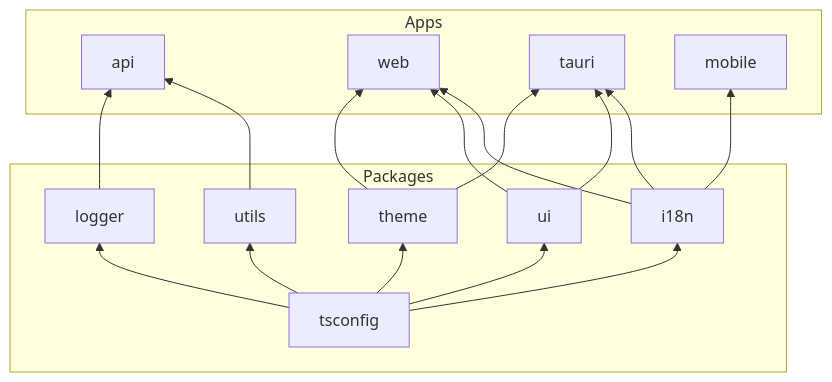
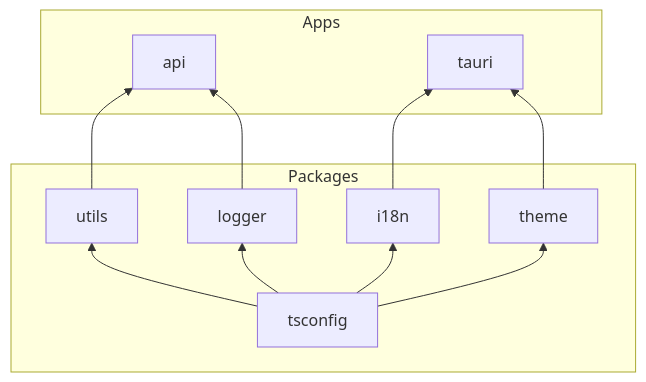
Before and after one commit to Pleasurecruise/leedshack-digitalpet: the diagram in docs/README.md, drawn with Mermaid. The commit also changed other lines of this file and 373 other files, not shown here.

````diff
--- a/docs/README.md
+++ b/docs/README.md
@@ -21,25 +18,21 @@
 ```mermaid
 graph BT
     subgraph Packages
         TSCONFIG[tsconfig]
         UTILS[utils]
         I18N[i18n]
-        UI[ui]
         THEME[theme]
         LOGGER[logger]
     end
 
     subgraph Apps
         API[api]
-        WEB[web]
         TAURI[tauri]
-        MOBILE[mobile]
     end
 
-    TSCONFIG --> UTILS & I18N & UI & THEME & LOGGER
+    TSCONFIG --> UTILS & I18N & THEME & LOGGER
     UTILS --> API
     LOGGER --> API
-    I18N --> WEB & TAURI & MOBILE
-    UI --> WEB & TAURI
-    THEME --> WEB & TAURI
+    I18N --> TAURI
+    THEME --> TAURI
 ```
````
